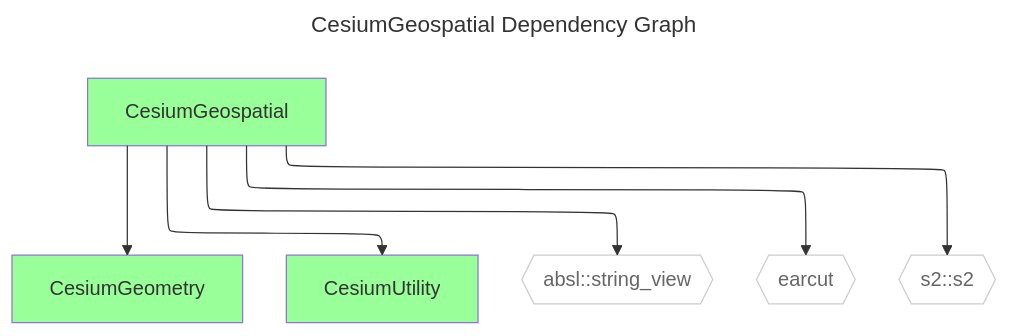
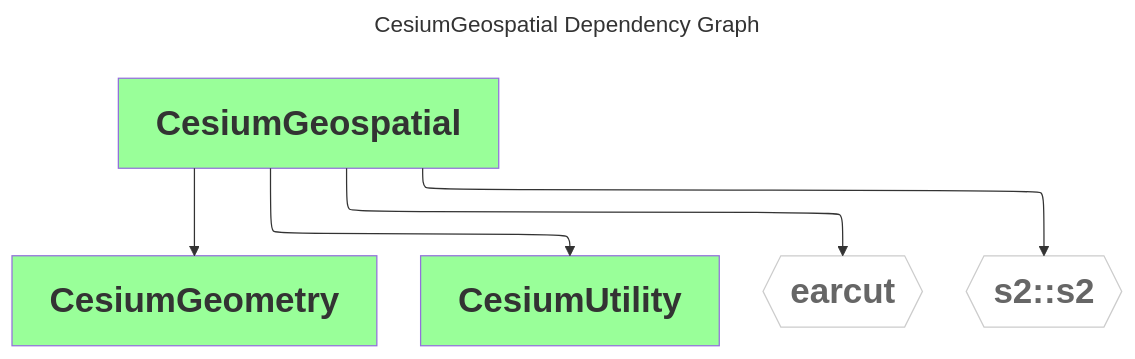
Before and after one commit to CesiumGS/cesium-native: the diagram in doc/diagrams/dependencies/CesiumGeospatial.mmd, drawn with Mermaid. The commit also changed 24 other files, not shown here.

```diff
--- a/doc/diagrams/dependencies/CesiumGeospatial.mmd
+++ b/doc/diagrams/dependencies/CesiumGeospatial.mmd
@@ -1,16 +1,15 @@
 ---
 comment: This file was generated by dep-graph-gen. DO NOT EDIT THIS FILE!
 config:
   layout: elk
 title: CesiumGeospatial Dependency Graph
 ---
 graph TD
-  classDef dependencyNode fill:#fff,stroke:#ccc,color:#666
-  classDef libraryNode fill:#9f9
+  classDef dependencyNode fill:#fff,stroke:#ccc,color:#666,font-weight:bold,font-size:28px
+  classDef libraryNode fill:#9f9,font-weight:bold,font-size:28px
   CesiumGeospatial[CesiumGeospatial] --> CesiumGeometry[CesiumGeometry]
   CesiumGeospatial[CesiumGeospatial] --> CesiumUtility[CesiumUtility]
-  CesiumGeospatial[CesiumGeospatial] --> absl_string_view{{absl::string_view}}
   CesiumGeospatial[CesiumGeospatial] --> earcut{{earcut}}
   CesiumGeospatial[CesiumGeospatial] --> s2_s2{{s2::s2}}
-  class absl_string_view,earcut,s2_s2 dependencyNode
+  class earcut,s2_s2 dependencyNode
   class CesiumGeometry,CesiumUtility,CesiumGeospatial libraryNode
```
